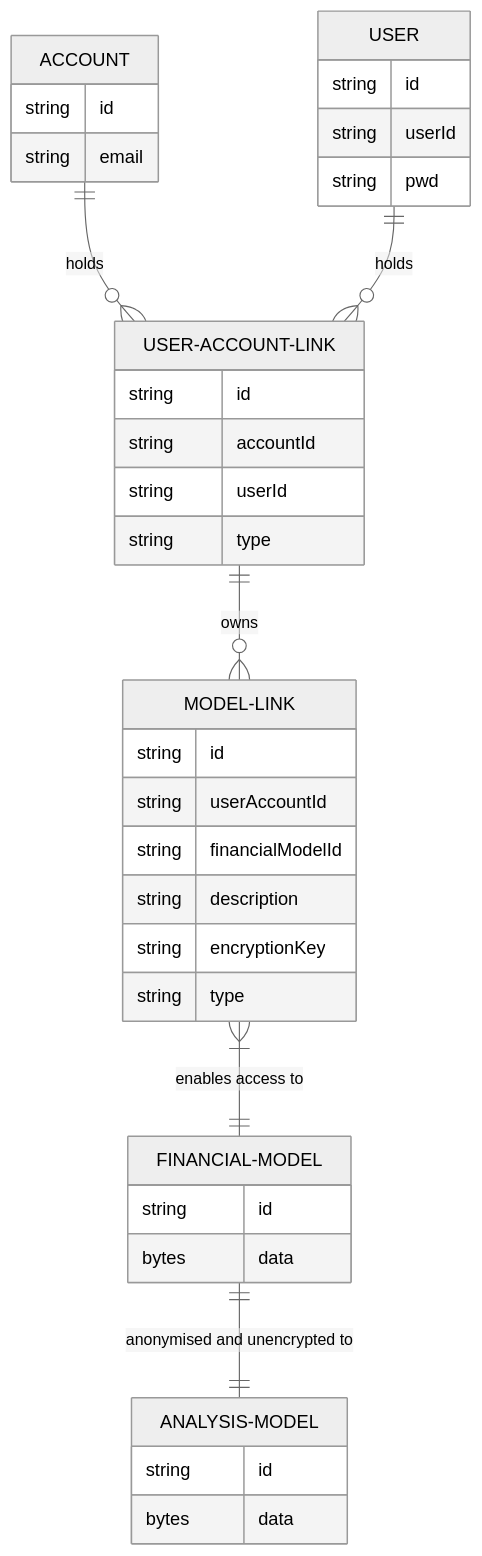
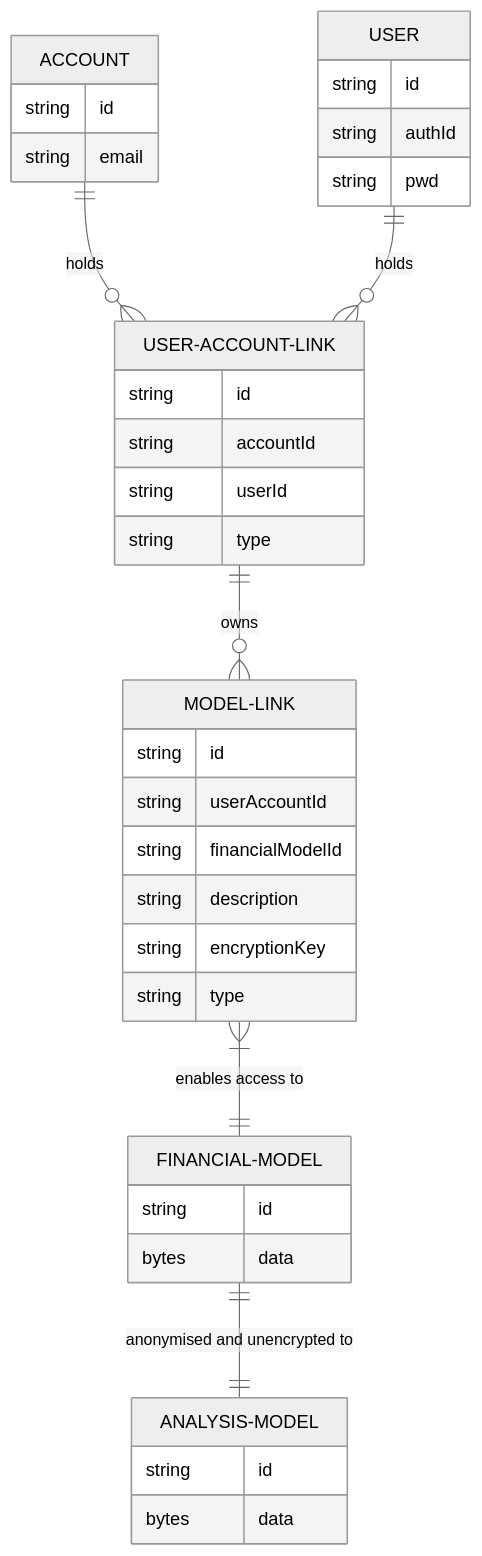
One commit to numical/my-finances changed the diagram in docs/data.md. Above: the diagram before and after it, drawn with Mermaid (neutral theme). The commit also changed other lines of this file and 45 other files, not shown here.

````diff
--- a/docs/data.md
+++ b/docs/data.md
@@ -3,39 +3,39 @@
 ```mermaid
 erDiagram
   ACCOUNT ||--o{ USER-ACCOUNT-LINK: holds
   USER ||--o{  USER-ACCOUNT-LINK: holds
   USER-ACCOUNT-LINK ||--o{ MODEL-LINK : owns
   MODEL-LINK }|--|| FINANCIAL-MODEL : "enables access to"
   FINANCIAL-MODEL ||--|| ANALYSIS-MODEL : "anonymised and unencrypted to"
   ACCOUNT {
     string id
     string email
   }
   USER {
     string id
-    string userId
+    string authId
     string pwd
   }
   USER-ACCOUNT-LINK {
     string id
     string accountId
     string userId
     string type
    }
   MODEL-LINK {
     string id
     string userAccountId
     string financialModelId
     string description
     string encryptionKey
     string type
    }
   FINANCIAL-MODEL {
     string id
     bytes data 
   }
   ANALYSIS-MODEL {
     string id
     bytes data
   }
 ```
````
